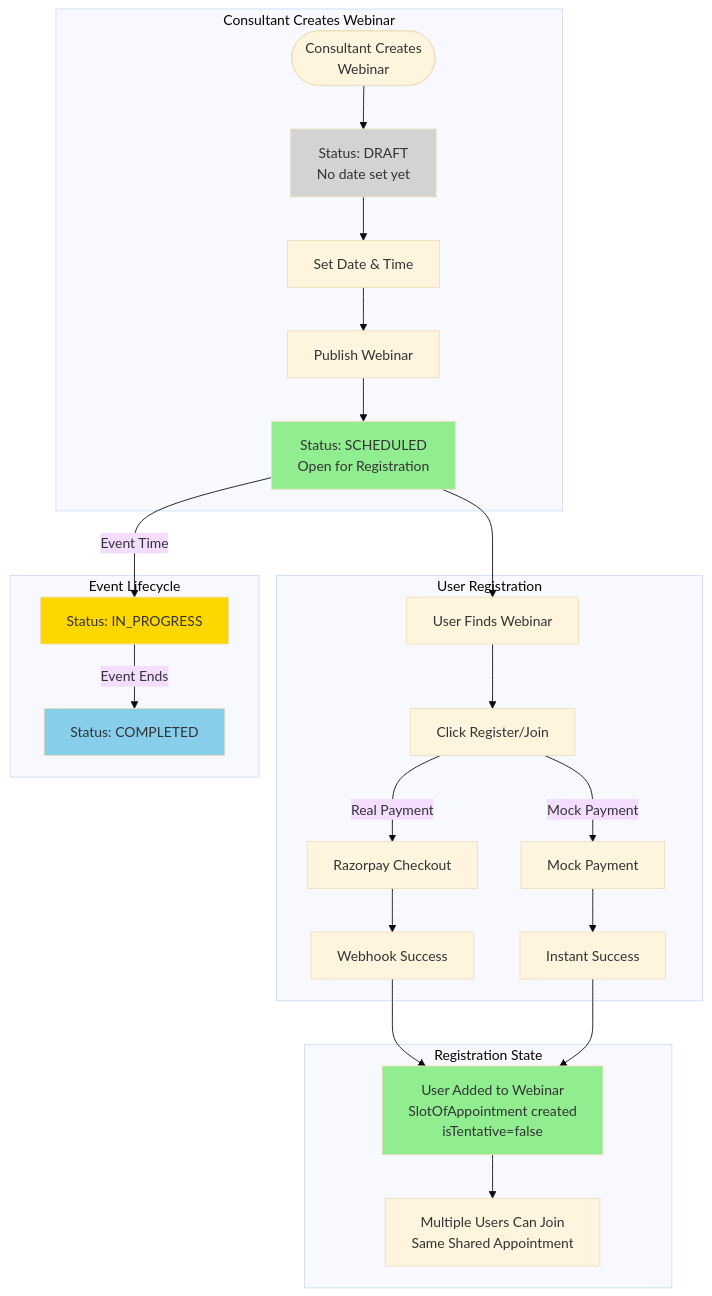
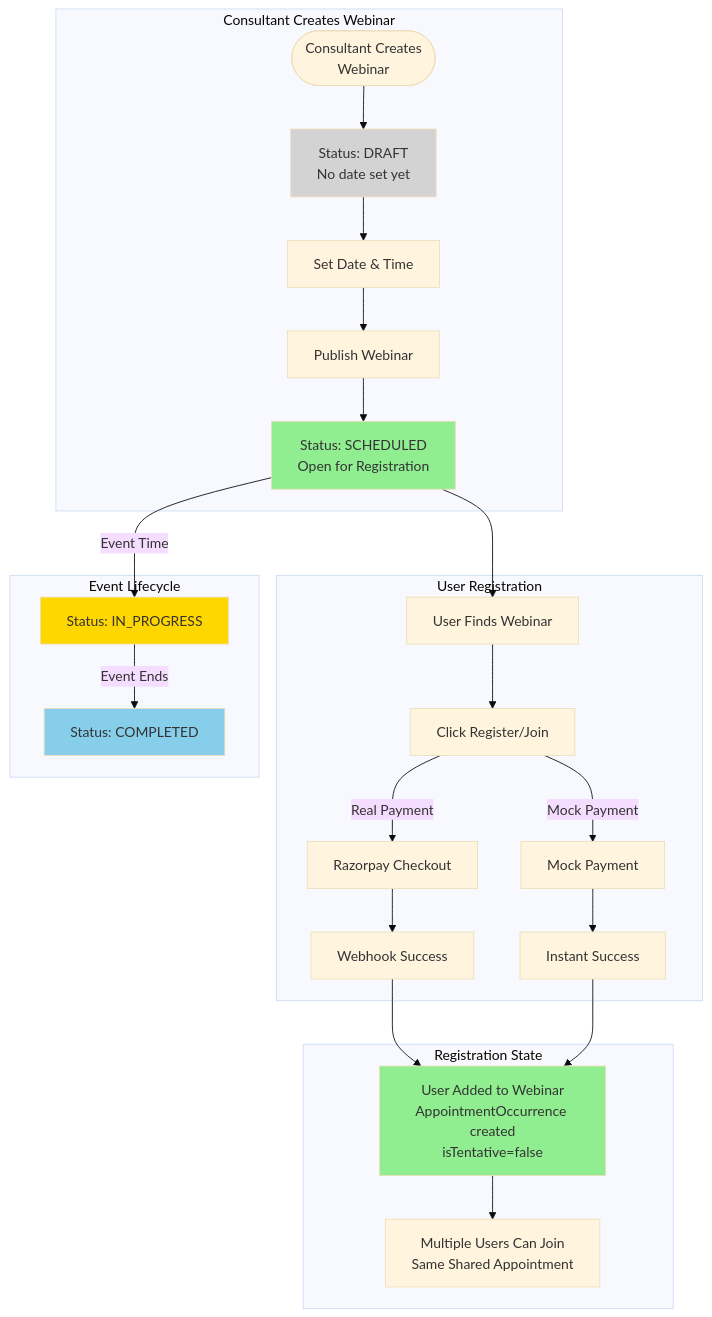
The third of 7 diagrams in docs/payments/checkout-flow/05-status-flows.md (Practitionist/familiarise_web), drawn with Mermaid (base theme) before and after one commit. The commit also changed 107 other files, not shown here.

Commit message:
docs(vocabulary): the scheduling glossary, booking, feedback, support, stream and review docs speak AppointmentOccurrence, Meeting and Trial (#1554)

````diff
--- a/docs/payments/checkout-flow/05-status-flows.md
+++ b/docs/payments/checkout-flow/05-status-flows.md
@@ -195,38 +195,38 @@
 ```mermaid
 flowchart TD
     subgraph "Consultant Creates Webinar"
         CREATE([Consultant Creates<br/>Webinar]) --> DRAFT["Status: DRAFT<br/>No date set yet"]
         DRAFT --> SET_DATE[Set Date & Time]
         SET_DATE --> PUBLISH[Publish Webinar]
         PUBLISH --> SCHEDULED["Status: SCHEDULED<br/>Open for Registration"]
     end
 
     subgraph "User Registration"
         SCHEDULED --> USER_FINDS[User Finds Webinar]
         USER_FINDS --> REGISTER[Click Register/Join]
 
         REGISTER --> |"Real Payment"| PAY_REAL[Razorpay Checkout]
         REGISTER --> |"Mock Payment"| PAY_MOCK[Mock Payment]
 
         PAY_REAL --> WEBHOOK[Webhook Success]
         PAY_MOCK --> MOCK_SUCCESS[Instant Success]
     end
 
     subgraph "Registration State"
-        WEBHOOK --> JOINED["User Added to Webinar<br/>SlotOfAppointment created<br/>isTentative=false"]
+        WEBHOOK --> JOINED["User Added to Webinar<br/>AppointmentOccurrence created<br/>isTentative=false"]
         MOCK_SUCCESS --> JOINED
 
         JOINED --> MULTI_USERS["Multiple Users Can Join<br/>Same Shared Appointment"]
     end
 
     subgraph "Event Lifecycle"
         SCHEDULED --> |"Event Time"| IN_PROGRESS["Status: IN_PROGRESS"]
         IN_PROGRESS --> |"Event Ends"| COMPLETED["Status: COMPLETED"]
     end
 
     style DRAFT fill:#D3D3D3
     style SCHEDULED fill:#90EE90
     style IN_PROGRESS fill:#FFD700
     style COMPLETED fill:#87CEEB
     style JOINED fill:#90EE90
 ```
````
